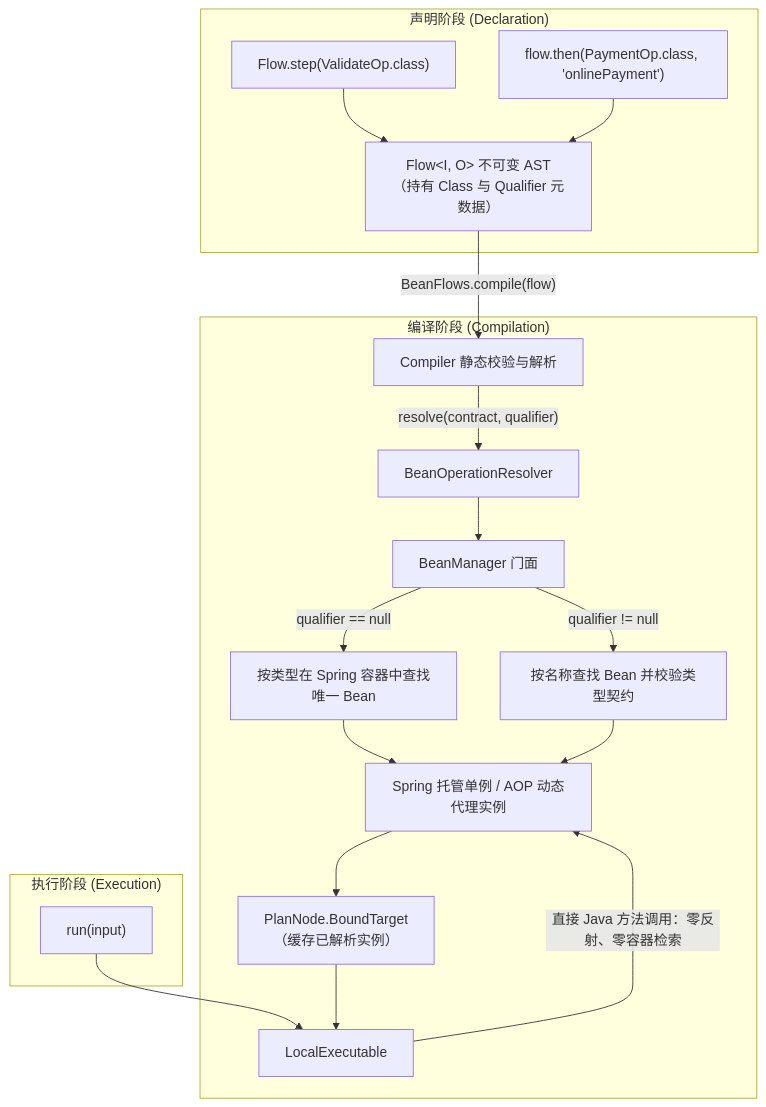
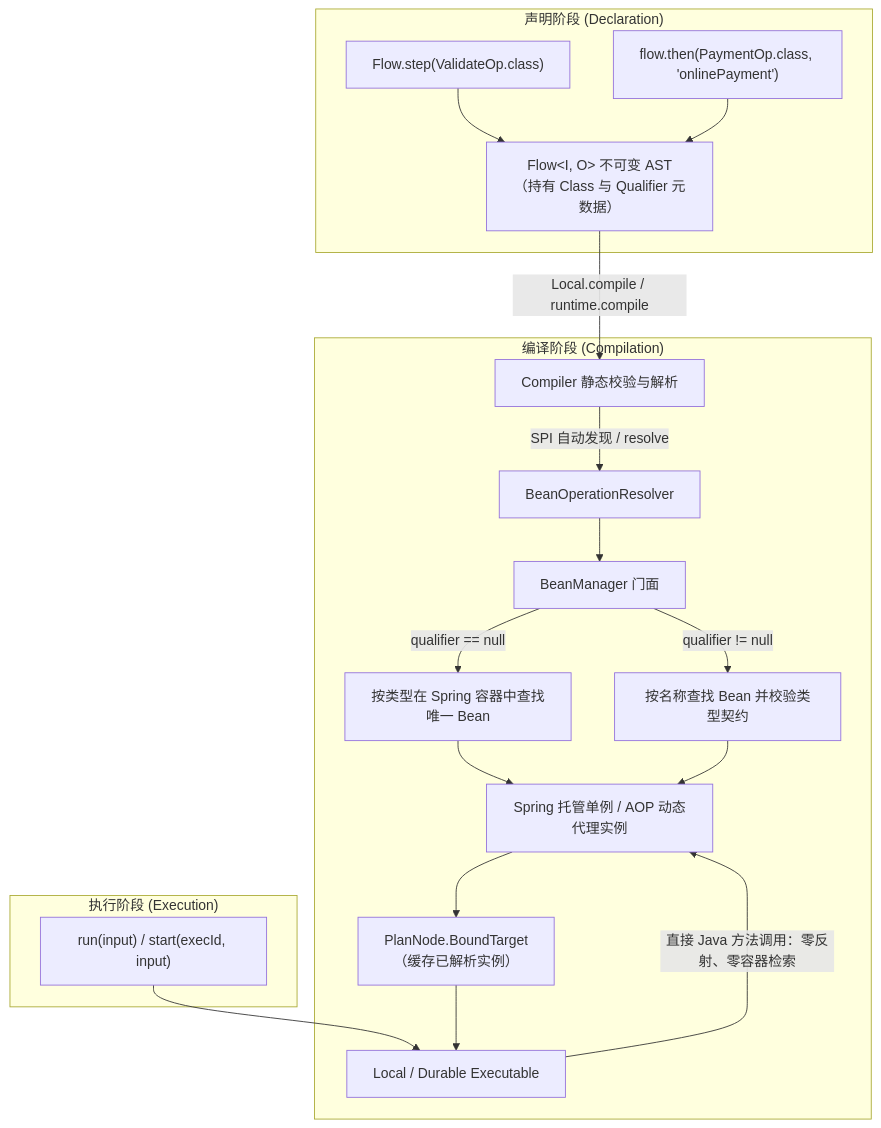
The diagram in docs/flow/flow-bean.md (team4u/team4u-framework), drawn with Mermaid before and after one commit. The commit also changed other lines of this file and 9 other files, not shown here.

Commit message:
feat(flow): auto-discover BeanOperationResolver via SPI for Local and Durable

````diff
--- a/docs/flow/flow-bean.md
+++ b/docs/flow/flow-bean.md
@@ -183,27 +183,27 @@
 ```mermaid
 graph TD
     subgraph "声明阶段 (Declaration)"
         D1["Flow.step(ValidateOp.class)"]
         D2["flow.then(PaymentOp.class, 'onlinePayment')"]
         AST["Flow&lt;I, O&gt; 不可变 AST<br/>（持有 Class 与 Qualifier 元数据）"]
         D1 --> AST
         D2 --> AST
     end
 
     subgraph "编译阶段 (Compilation)"
-        AST -->|"BeanFlows.compile(flow)"| Compiler["Compiler 静态校验与解析"]
-        Compiler -->|"resolve(contract, qualifier)"| Resolver["BeanOperationResolver"]
+        AST -->|"Local.compile / runtime.compile"| Compiler["Compiler 静态校验与解析"]
+        Compiler -->|"SPI 自动发现 / resolve"| Resolver["BeanOperationResolver"]
         Resolver --> BM["BeanManager 门面"]
         BM -->|"qualifier == null"| ByType["按类型在 Spring 容器中查找唯一 Bean"]
         BM -->|"qualifier != null"| ByName["按名称查找 Bean 并校验类型契约"]
         ByType --> ProxyBean["Spring 托管单例 / AOP 动态代理实例"]
         ByName --> ProxyBean
         ProxyBean --> Bound["PlanNode.BoundTarget<br/>（缓存已解析实例）"]
-        Bound --> Exec["LocalExecutable"]
+        Bound --> Exec["Local / Durable Executable"]
     end
 
     subgraph "执行阶段 (Execution)"
-        Input["run(input)"] --> Exec
+        Input["run(input) / start(execId, input)"] --> Exec
         Exec -->|"直接 Java 方法调用：零反射、零容器检索"| ProxyBean
     end
 ```
````
